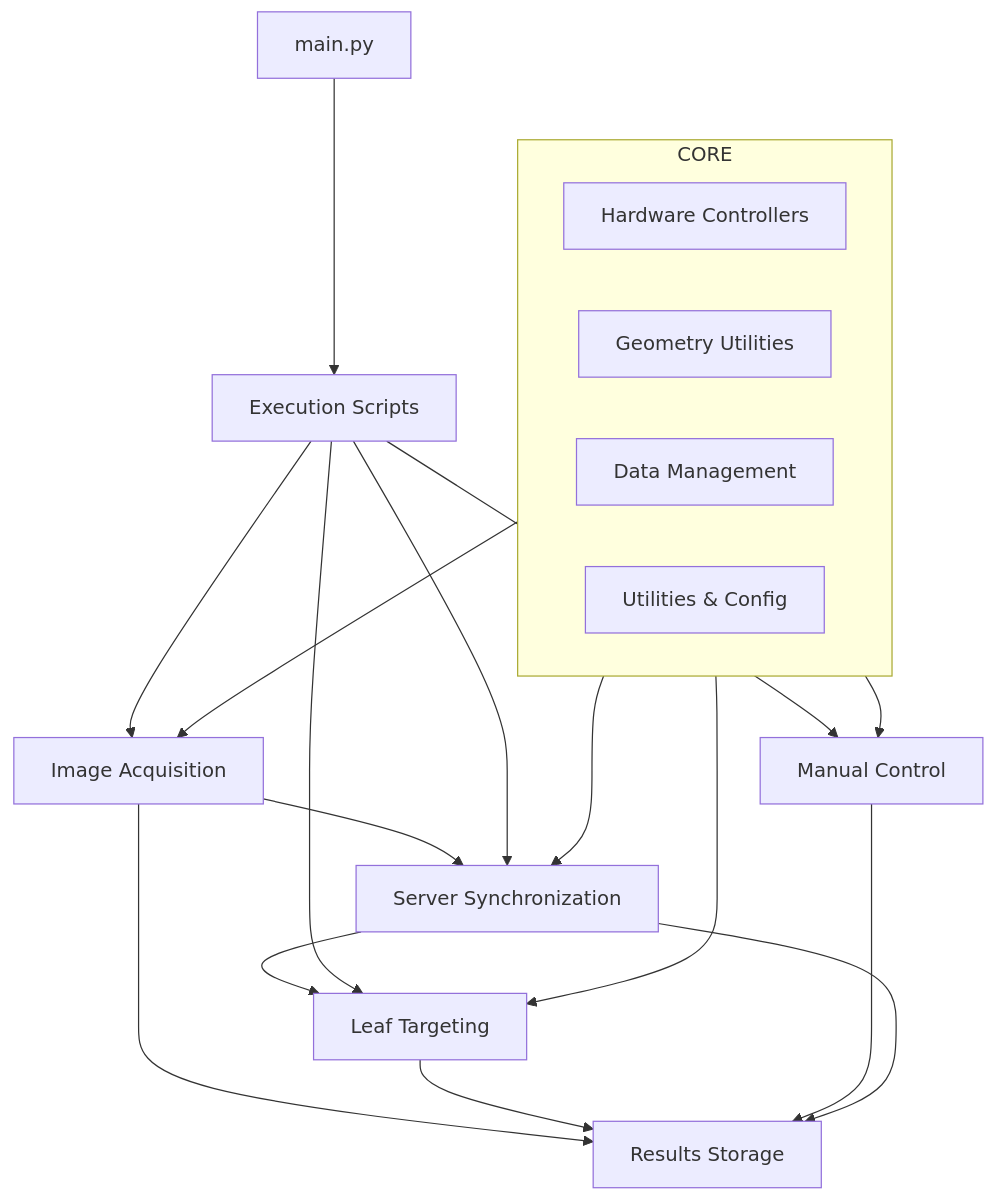
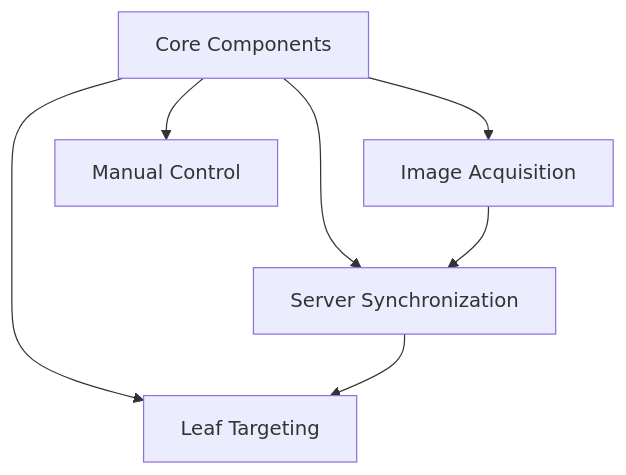
The first of 5 diagrams in doc/architecture.md (SonyCSLParis/Plant3DImager), drawn with Mermaid before and after one commit. The commit also changed other lines of this file, not shown here.

````diff
--- a/doc/architecture.md
+++ b/doc/architecture.md
@@ -9,29 +9,10 @@
 ```mermaid
 graph TD
-    subgraph Core["CORE"]
-        Hardware["Hardware Controllers"]
-        Geometry["Geometry Utilities"]
-        Data["Data Management"]
-        Utils["Utilities & Config"]
-    end
-    
-    Core --> Acquisition["Image Acquisition"]
-    Core --> Targeting["Leaf Targeting"]
-    Core --> Manual["Manual Control"]
-    Core --> Sync["Server Synchronization"]
+    Core[Core Components] --> Acquisition[Image Acquisition]
+    Core --> Targeting[Leaf Targeting]
+    Core --> Manual[Manual Control]
+    Core --> Sync[Server Synchronization]
     
     Acquisition --> Sync
     Sync --> Targeting
-    
-    Scripts["Execution Scripts"] --> Acquisition
-    Scripts --> Targeting
-    Scripts --> Manual
-    Scripts --> Sync
-    
-    Main["main.py"] --> Scripts
-    
-    Acquisition --> Results["Results Storage"]
-    Targeting --> Results
-    Manual --> Results
-    Sync --> Results
 ```
````
